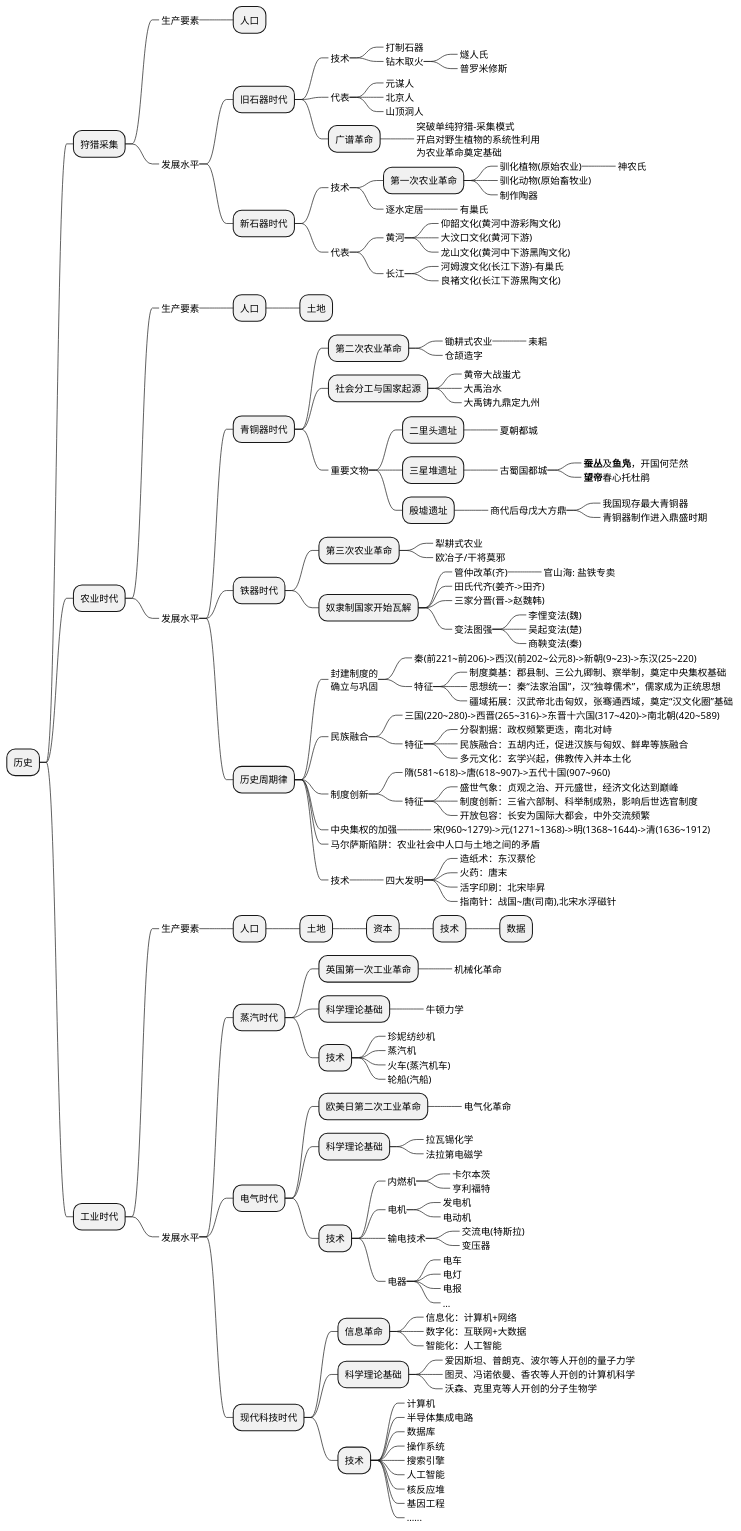
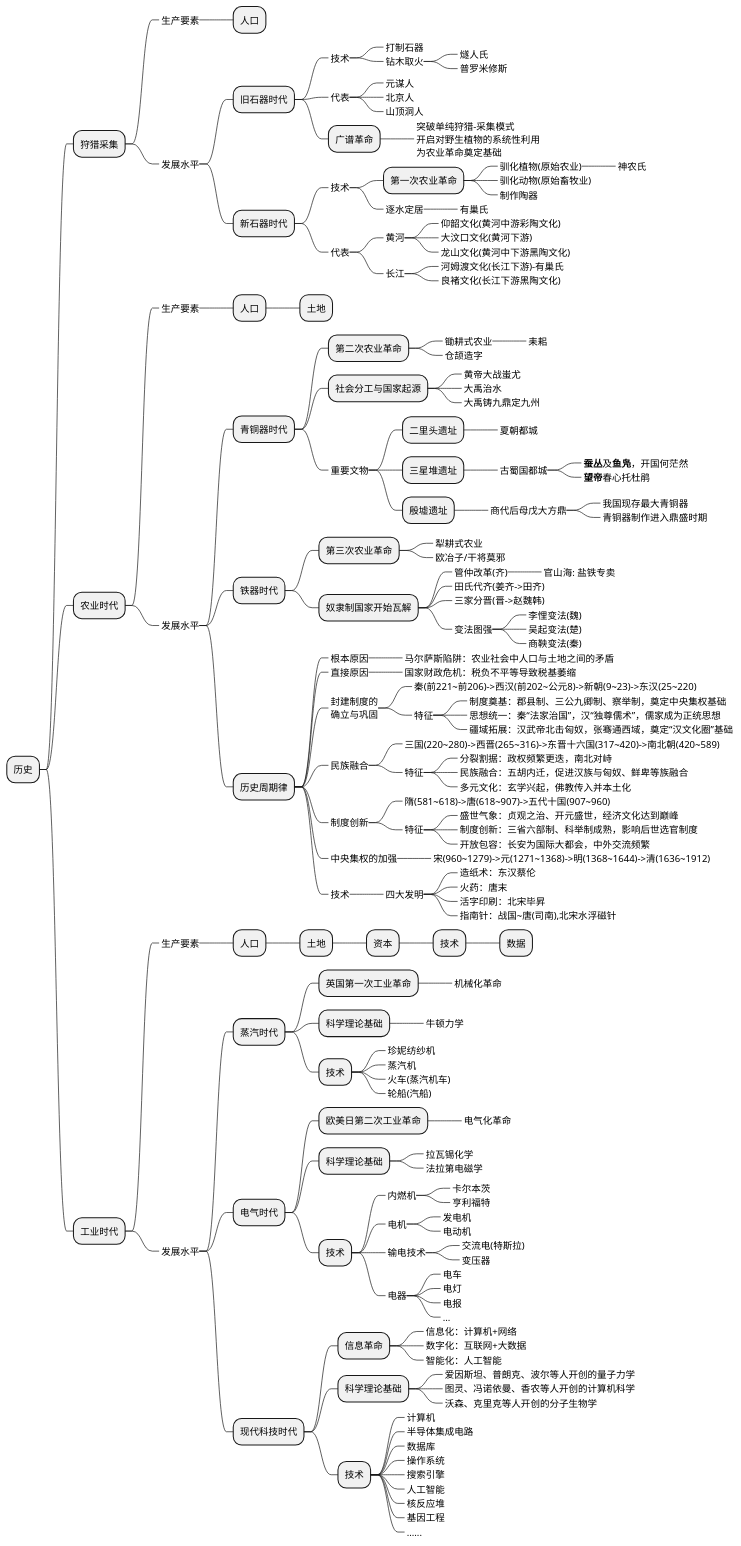
One commit to holmofy/blog.hufeifei.cn changed the first of 2 diagrams in source/_posts/economic/economic_and_history.md. Above: the diagram before and after it, drawn with PlantUML. The commit also changed other lines of this file, not shown here.

```diff
--- a/source/_posts/economic/economic_and_history.md
+++ b/source/_posts/economic/economic_and_history.md
@@ -90,6 +90,10 @@
 +++++++_ 吴起变法(楚)
 +++++++_ 商鞅变法(秦)
 ++++ 历史周期律
++++++_ 根本原因
+++++++_ 马尔萨斯陷阱：农业社会中人口与土地之间的矛盾
++++++_ 直接原因
+++++++_ 国家财政危机：税负不平等导致税基萎缩
 +++++_ 封建制度的\n确立与巩固
 ++++++_ 秦(前221~前206)->西汉(前202~公元8)->新朝(9~23)->东汉(25~220)
 ++++++_ 特征
@@ -110,7 +114,6 @@
 +++++++_ 开放包容：长安为国际大都会，中外交流频繁
 +++++_ 中央集权的加强
 ++++++_ 宋(960~1279)->元(1271~1368)->明(1368~1644)->清(1636~1912)
-+++++_ 马尔萨斯陷阱：农业社会中人口与土地之间的矛盾
 +++++_ 技术
 ++++++_ 四大发明
 +++++++_ 造纸术：东汉蔡伦
```
